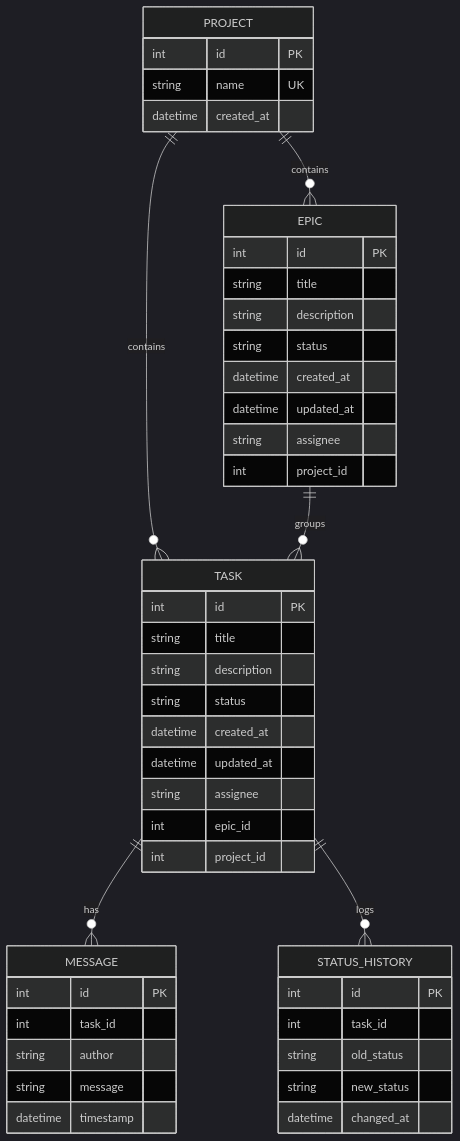
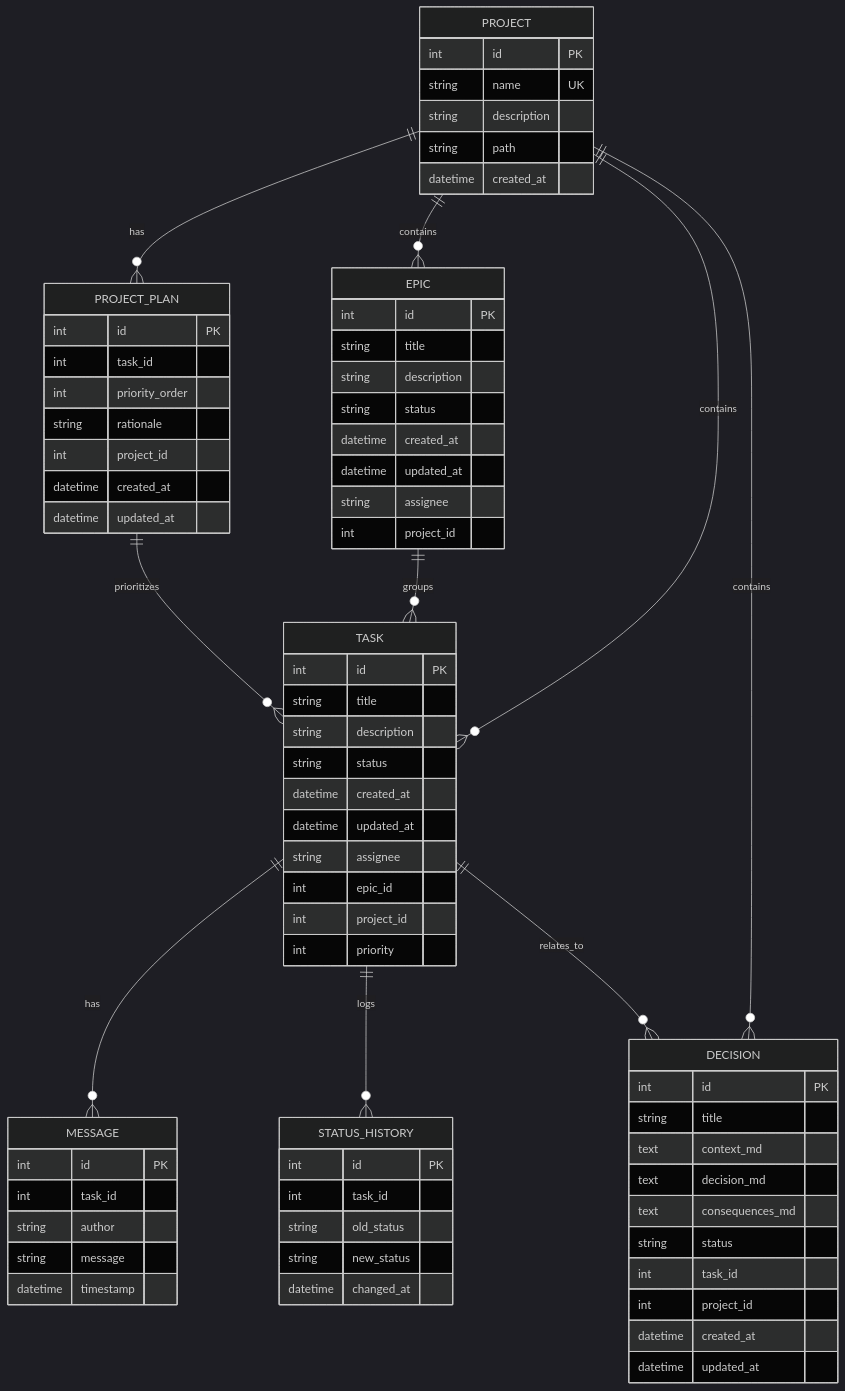
One commit to soapko/alice-mcp-server changed the second of 2 diagrams in docs/app_overview.md. Above: the diagram before and after it, drawn with Mermaid (dark theme). The commit also changed other lines of this file and 2 other files, not shown here.

First paragraph of the commit message:
docs: Comprehensive update of all documentation to reflect current capabilities
📚 Complete Documentation Synchronization:

````diff
--- a/docs/app_overview.md
+++ b/docs/app_overview.md
@@ -74,13 +77,19 @@
 erDiagram
     PROJECT ||--o{ EPIC : contains
     PROJECT ||--o{ TASK : contains
+    PROJECT ||--o{ DECISION : contains
+    PROJECT ||--o{ PROJECT_PLAN : has
     EPIC ||--o{ TASK : groups
     TASK ||--o{ MESSAGE : has
     TASK ||--o{ STATUS_HISTORY : logs
+    TASK ||--o{ DECISION : relates_to
+    PROJECT_PLAN ||--o{ TASK : prioritizes
 
     PROJECT {
         int id PK
         string name UK
+        string description
+        string path
         datetime created_at
     }
 
@@ -105,6 +114,7 @@
         string assignee
         int epic_id
         int project_id
+        int priority
     }
 
     MESSAGE {
@@ -123,7 +133,30 @@
         datetime changed_at
     }
 
-    %% Note: 'status', 'old_status', and 'new_status' fields refer to the TaskStatus enum
-    %% defined in application code (To-Do, In-Progress, Done, Canceled).
+    DECISION {
+        int id PK
+        string title
+        text context_md
+        text decision_md
+        text consequences_md
+        string status
+        int task_id
+        int project_id
+        datetime created_at
+        datetime updated_at
+    }
+
+    PROJECT_PLAN {
+        int id PK
+        int task_id
+        int priority_order
+        string rationale
+        int project_id
+        datetime created_at
+        datetime updated_at
+    }
+
+    %% Note: 'status' fields refer to TaskStatus enum (To-Do, In Progress, Done, Canceled)
+    %% and DecisionStatus enum (Proposed, Accepted, Rejected, Superseded).
     %% Note: Nullability markers removed for rendering compatibility.
 ```
````
